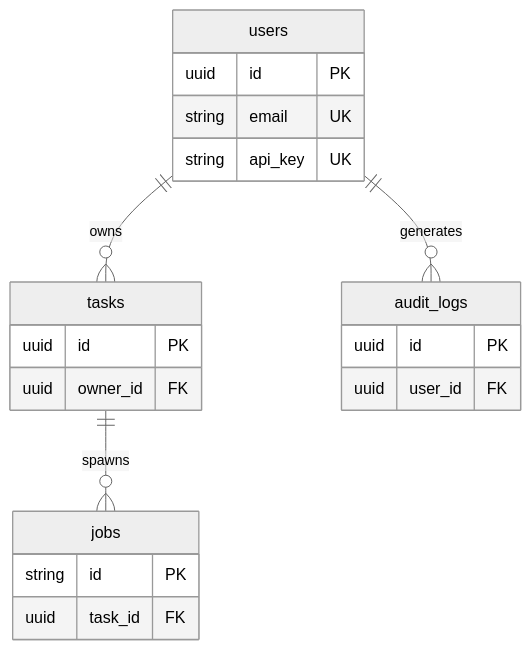
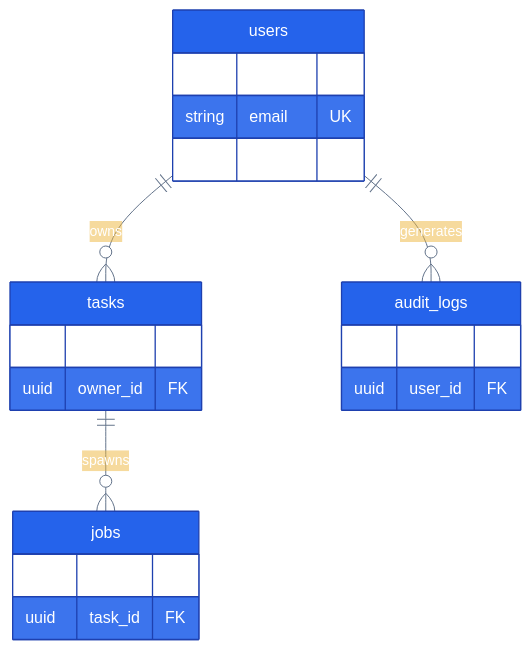
One commit to adwibha/cortex-api changed the sixth of 7 diagrams in README.md. Above: the diagram before and after it, drawn with Mermaid. The commit also changed other lines of this file and 1 other file, not shown here.

First line of the commit message:
docs: colorful Mermaid diagrams, honest conclusion, and MIT license

````diff
--- a/README.md
+++ b/README.md
@@ -363,28 +389,28 @@
 ```mermaid
-%%{init: {'theme': 'neutral'}}%%
+%%{init: {'theme': 'base', 'themeVariables': {'primaryColor': '#2563eb', 'primaryTextColor': '#ffffff', 'primaryBorderColor': '#1e40af', 'lineColor': '#64748b', 'fillType0': '#2563eb', 'fillType1': '#059669', 'fillType2': '#d97706', 'fillType3': '#7c3aed', 'attributeBackgroundColorEven': '#f8fafc', 'attributeBackgroundColorOdd': '#f1f5f9'}}}%%
 erDiagram
     users {
         uuid   id      PK
         string email   UK
         string api_key UK
     }
 
     tasks {
         uuid id       PK
         uuid owner_id FK
     }
 
     jobs {
         string id      PK
         uuid   task_id FK
     }
 
     audit_logs {
         uuid id      PK
         uuid user_id FK
     }
 
     users ||--o{ tasks      : "owns"
     tasks ||--o{ jobs       : "spawns"
     users ||--o{ audit_logs : "generates"
 ```
````
